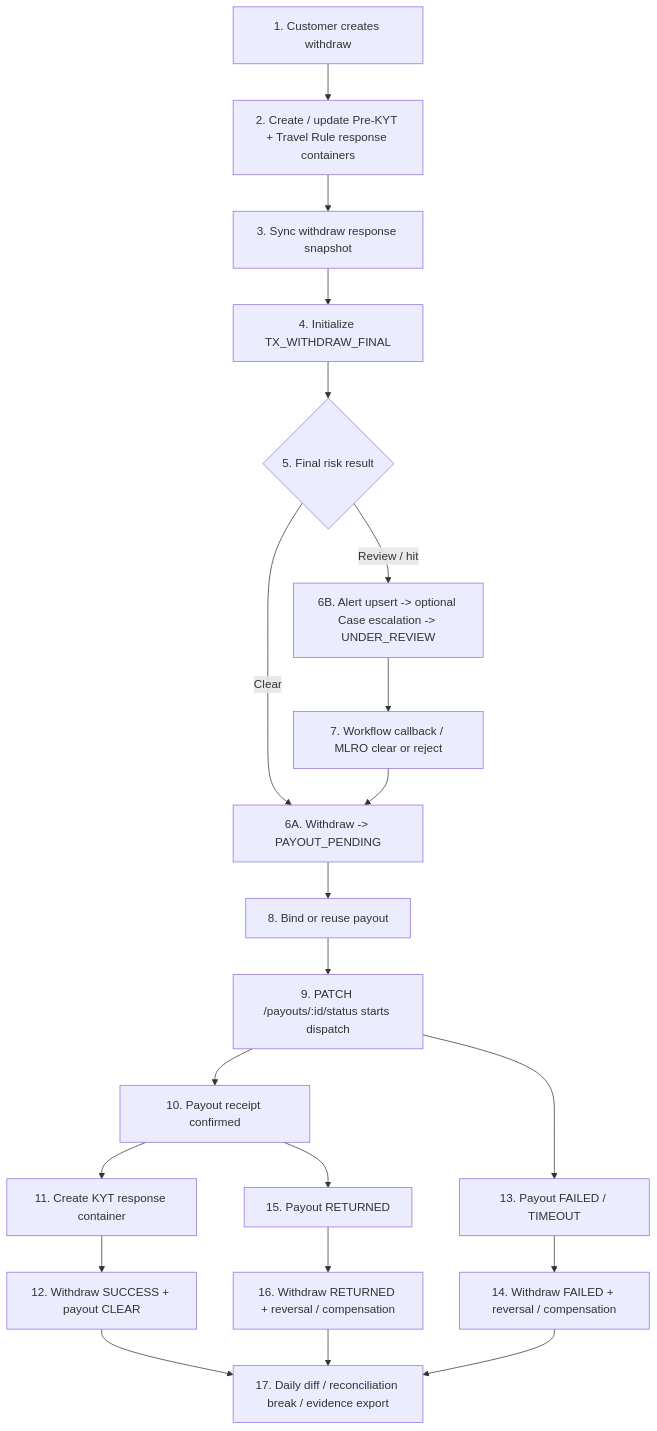
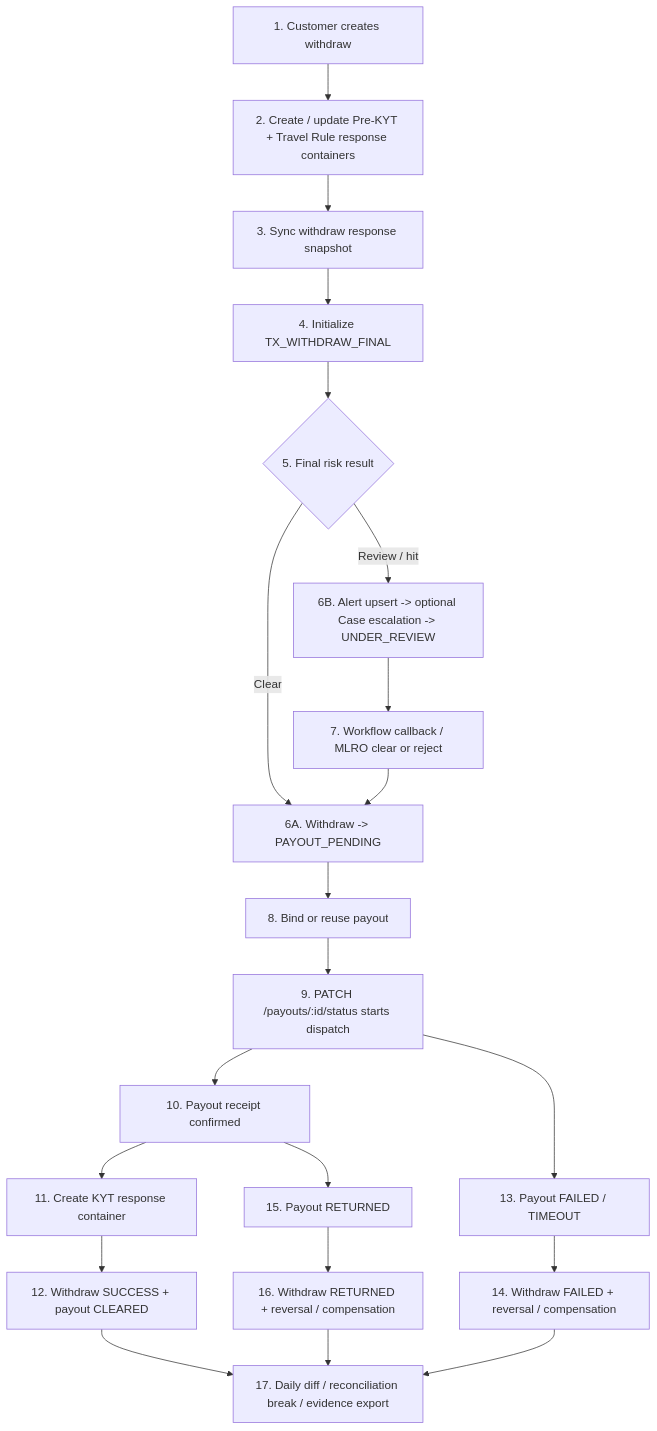
One commit to 2handsuae/fiatx-demo changed the diagram in Exchange_js/docs/roadmap/wave-7-withdraw-payout-phase-plan.md. Above: the diagram before and after it, drawn with Mermaid. The commit also changed other lines of this file and 114 other files, not shown here.

````diff
--- a/Exchange_js/docs/roadmap/wave-7-withdraw-payout-phase-plan.md
+++ b/Exchange_js/docs/roadmap/wave-7-withdraw-payout-phase-plan.md
@@ -129,23 +131,23 @@
 ```mermaid
 flowchart TD
   A["1. Customer creates withdraw"] --> B["2. Create / update Pre-KYT + Travel Rule response containers"]
   B --> C["3. Sync withdraw response snapshot"]
   C --> D["4. Initialize TX_WITHDRAW_FINAL"]
   D --> E{"5. Final risk result"}
   E -->|Clear| F["6A. Withdraw -> PAYOUT_PENDING"]
   E -->|Review / hit| G["6B. Alert upsert -> optional Case escalation -> UNDER_REVIEW"]
   G --> H["7. Workflow callback / MLRO clear or reject"]
   H --> F
   F --> I["8. Bind or reuse payout"]
   I --> J["9. PATCH /payouts/:id/status starts dispatch"]
   J --> K["10. Payout receipt confirmed"]
   K --> L["11. Create KYT response container"]
-  L --> M["12. Withdraw SUCCESS + payout CLEAR"]
+  L --> M["12. Withdraw SUCCESS + payout CLEARED"]
   J --> N["13. Payout FAILED / TIMEOUT"]
   N --> O["14. Withdraw FAILED + reversal / compensation"]
   K --> P["15. Payout RETURNED"]
   P --> Q["16. Withdraw RETURNED + reversal / compensation"]
   M --> X["17. Daily diff / reconciliation break / evidence export"]
   O --> X
   Q --> X
 ```
````
